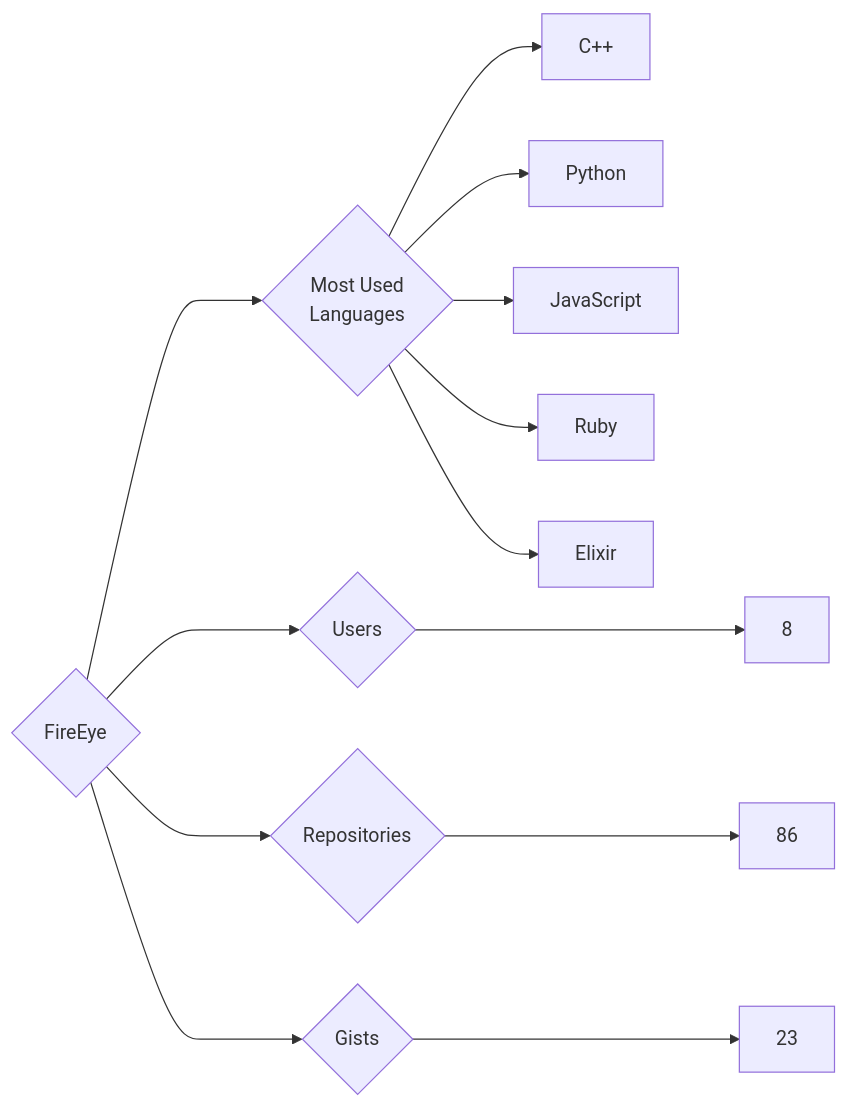
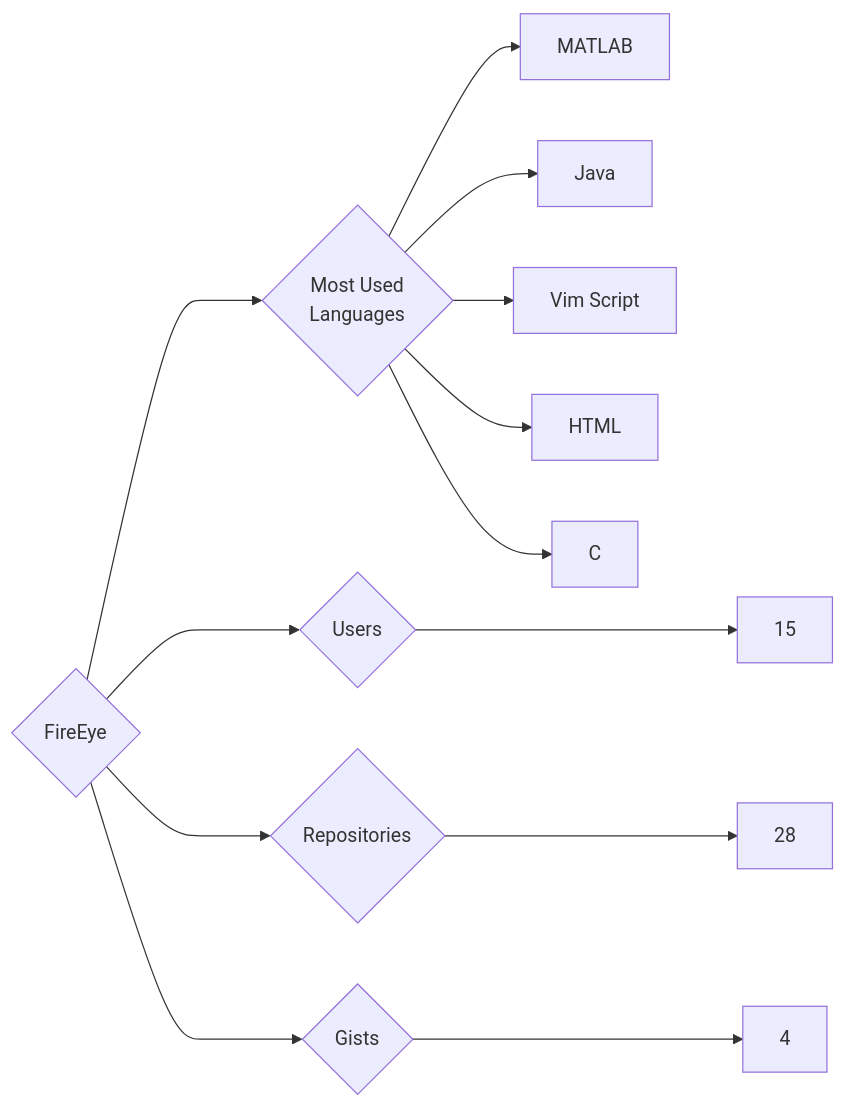
One commit to trickest/insiders changed the diagram in targets/FireEye/README.md. Above: the diagram before and after it, drawn with Mermaid. The commit also changed 594 other files, not shown here.

````diff
--- a/targets/FireEye/README.md
+++ b/targets/FireEye/README.md
@@ -3,13 +3,13 @@
 ```mermaid
 graph LR
 COMPANY_NAME{FireEye}
-COMPANY_NAME ---> U{Users} ---> UN[8]
-COMPANY_NAME ---> R{Repositories} ---> RN[86]
-COMPANY_NAME ---> G{Gists} ---> GN[23]
+COMPANY_NAME ---> U{Users} ---> UN[15]
+COMPANY_NAME ---> R{Repositories} ---> RN[28]
+COMPANY_NAME ---> G{Gists} ---> GN[4]
 COMPANY_NAME ---> ML{Most Used<br>Languages}
-ML --> C++[C++]
-ML --> Python[Python]
-ML --> JavaScript[JavaScript]
-ML --> Ruby[Ruby]
-ML --> Elixir[Elixir]
+ML --> MATLAB[MATLAB]
+ML --> Java[Java]
+ML --> Vim_Script[Vim Script]
+ML --> HTML[HTML]
+ML --> C[C]
 ```
````
